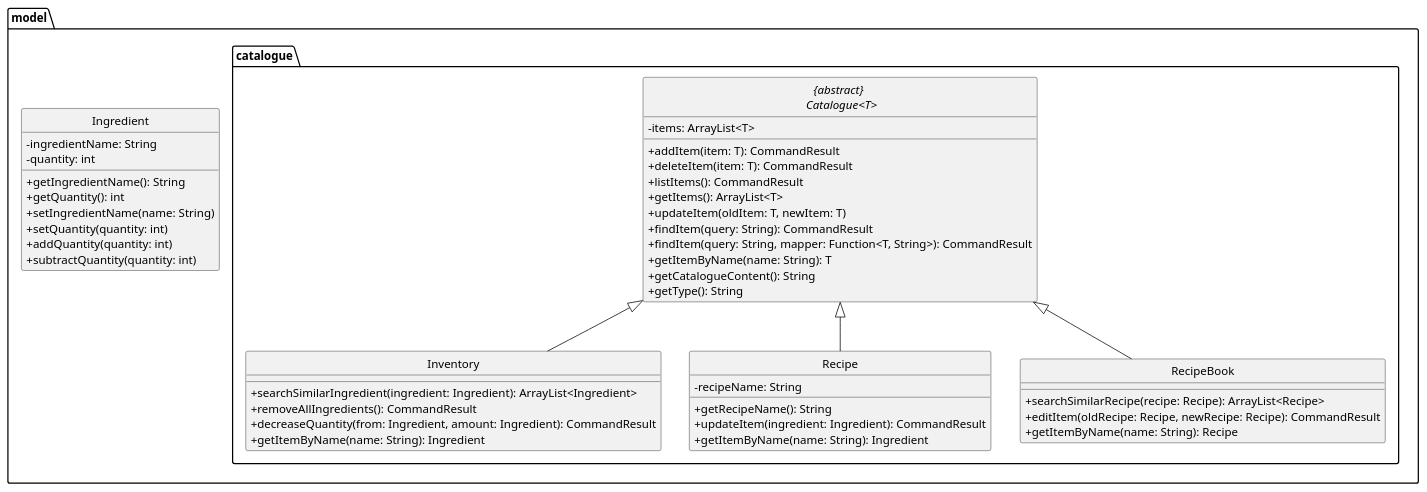
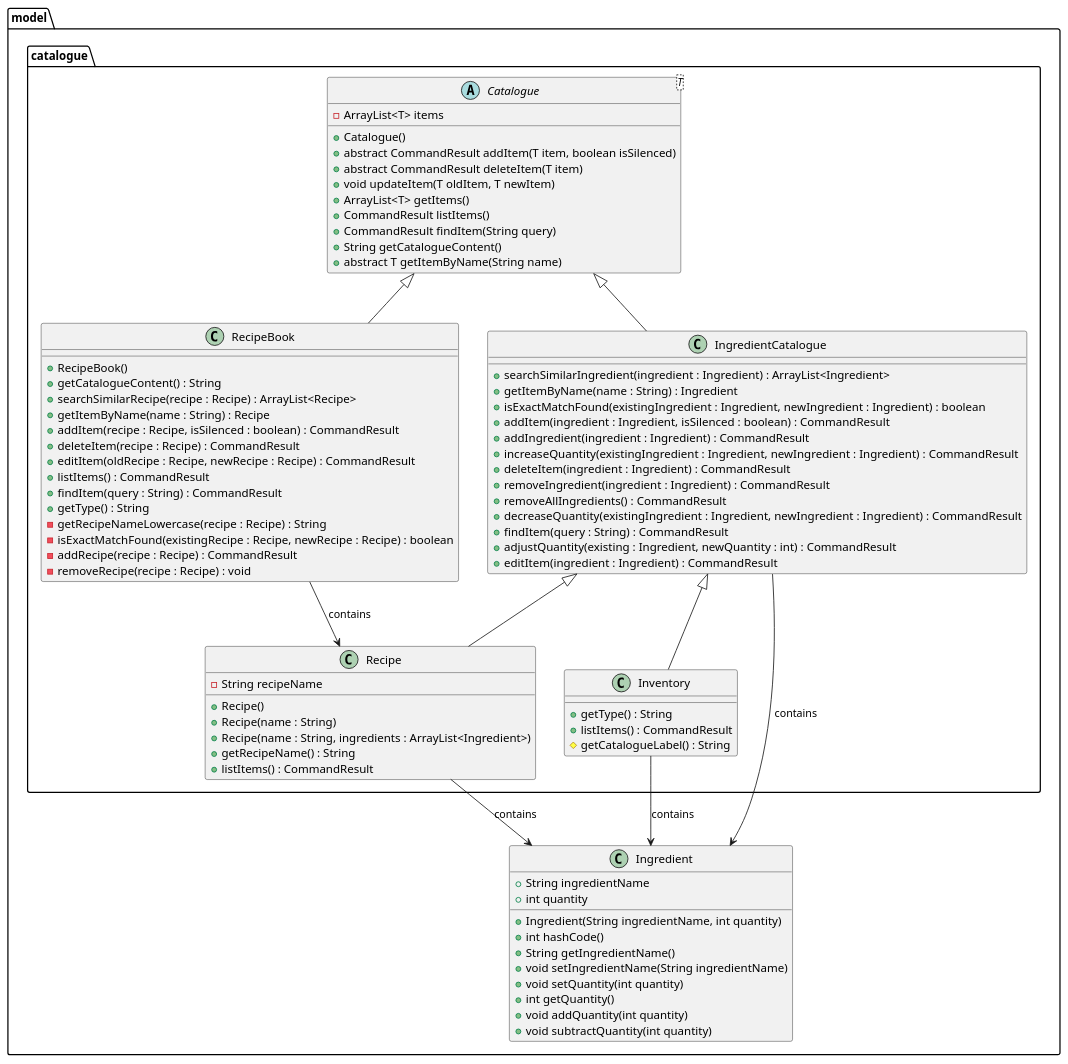
The diagram in docs/diagrams/model.puml (ChingWhee/tp), drawn with PlantUML before and after one commit. The commit also changed 7 other files, not shown here.

Commit message:
uml diagram

```diff
--- a/docs/diagrams/model.puml
+++ b/docs/diagrams/model.puml
@@ -1,60 +1,89 @@
 @startuml
-hide circle
-skinparam classAttributeIconSize 0
 
 package "model" {
 
     class Ingredient {
-        - ingredientName: String
-        - quantity: int
-        + getIngredientName(): String
-        + getQuantity(): int
-        + setIngredientName(name: String)
-        + setQuantity(quantity: int)
-        + addQuantity(quantity: int)
-        + subtractQuantity(quantity: int)
+        +String ingredientName
+        +int quantity
+        +Ingredient(String ingredientName, int quantity)
+        +int hashCode()
+        +String getIngredientName()
+        +void setIngredientName(String ingredientName)
+        +void setQuantity(int quantity)
+        +int getQuantity()
+        +void addQuantity(int quantity)
+        +void subtractQuantity(int quantity)
     }
 
     package "catalogue" {
 
-        abstract class "{abstract} \n Catalogue<T>" {
-            - items: ArrayList<T>
-            + addItem(item: T): CommandResult
-            + deleteItem(item: T): CommandResult
-            + listItems(): CommandResult
-            + getItems(): ArrayList<T>
-            + updateItem(oldItem: T, newItem: T)
-            + findItem(query: String): CommandResult
-            + findItem(query: String, mapper: Function<T, String>): CommandResult
-            + getItemByName(name: String): T
-            + getCatalogueContent(): String
-            + getType(): String
+        abstract class Catalogue<T> {
+            -ArrayList<T> items
+            +Catalogue()
+            +abstract CommandResult addItem(T item, boolean isSilenced)
+            +abstract CommandResult deleteItem(T item)
+            +void updateItem(T oldItem, T newItem)
+            +ArrayList<T> getItems()
+            +CommandResult listItems()
+            +CommandResult findItem(String query)
+            +String getCatalogueContent()
+            +abstract T getItemByName(String name)
         }
 
-        class Inventory {
-            + searchSimilarIngredient(ingredient: Ingredient): ArrayList<Ingredient>
-            + removeAllIngredients(): CommandResult
-            + decreaseQuantity(from: Ingredient, amount: Ingredient): CommandResult
-            + getItemByName(name: String): Ingredient
+        class IngredientCatalogue extends Catalogue<Ingredient> {
+            +searchSimilarIngredient(ingredient : Ingredient) : ArrayList<Ingredient>
+            +getItemByName(name : String) : Ingredient
+            +isExactMatchFound(existingIngredient : Ingredient, newIngredient : Ingredient) : boolean
+            +addItem(ingredient : Ingredient, isSilenced : boolean) : CommandResult
+            +addIngredient(ingredient : Ingredient) : CommandResult
+            +increaseQuantity(existingIngredient : Ingredient, newIngredient : Ingredient) : CommandResult
+            +deleteItem(ingredient : Ingredient) : CommandResult
+            +removeIngredient(ingredient : Ingredient) : CommandResult
+            +removeAllIngredients() : CommandResult
+            +decreaseQuantity(existingIngredient : Ingredient, newIngredient : Ingredient) : CommandResult
+            +findItem(query : String) : CommandResult
+            +adjustQuantity(existing : Ingredient, newQuantity : int) : CommandResult
+            +editItem(ingredient : Ingredient) : CommandResult
         }
 
-        class Recipe {
-            - recipeName: String
-            + getRecipeName(): String
-            + updateItem(ingredient: Ingredient): CommandResult
-            + getItemByName(name: String): Ingredient
+        class Recipe extends IngredientCatalogue {
+            -String recipeName
+            +Recipe()
+            +Recipe(name : String)
+            +Recipe(name : String, ingredients : ArrayList<Ingredient>)
+            +getRecipeName() : String
+            +listItems() : CommandResult
         }
 
-        class RecipeBook {
-            + searchSimilarRecipe(recipe: Recipe): ArrayList<Recipe>
-            + editItem(oldRecipe: Recipe, newRecipe: Recipe): CommandResult
-            + getItemByName(name: String): Recipe
+        class RecipeBook extends Catalogue<Recipe> {
+            +RecipeBook()
+            +getCatalogueContent() : String
+            +searchSimilarRecipe(recipe : Recipe) : ArrayList<Recipe>
+            +getItemByName(name : String) : Recipe
+            +addItem(recipe : Recipe, isSilenced : boolean) : CommandResult
+            +deleteItem(recipe : Recipe) : CommandResult
+            +editItem(oldRecipe : Recipe, newRecipe : Recipe) : CommandResult
+            +listItems() : CommandResult
+            +findItem(query : String) : CommandResult
+            +getType() : String
+            -getRecipeNameLowercase(recipe : Recipe) : String
+            -isExactMatchFound(existingRecipe : Recipe, newRecipe : Recipe) : boolean
+            -addRecipe(recipe : Recipe) : CommandResult
+            -removeRecipe(recipe : Recipe) : void
         }
 
-        "{abstract} \n Catalogue<T>" <|-- Inventory
-        "{abstract} \n Catalogue<T>" <|-- Recipe
-        "{abstract} \n Catalogue<T>" <|-- RecipeBook
+        class Inventory extends IngredientCatalogue {
+            +getType() : String
+            +listItems() : CommandResult
+            #getCatalogueLabel() : String
+        }
     }
 }
 
+' Relationships
+IngredientCatalogue --> Ingredient : contains
+Inventory --> Ingredient : contains
+Recipe --> Ingredient : contains
+RecipeBook --> Recipe : contains
+
 @enduml
```
